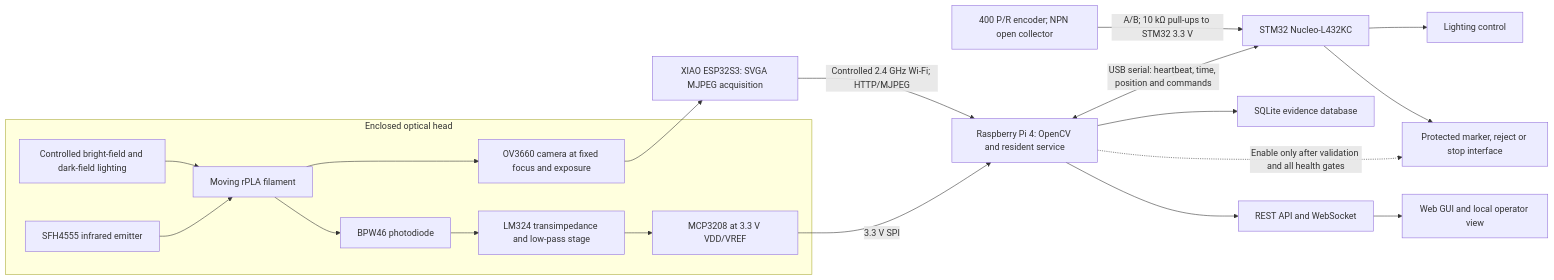
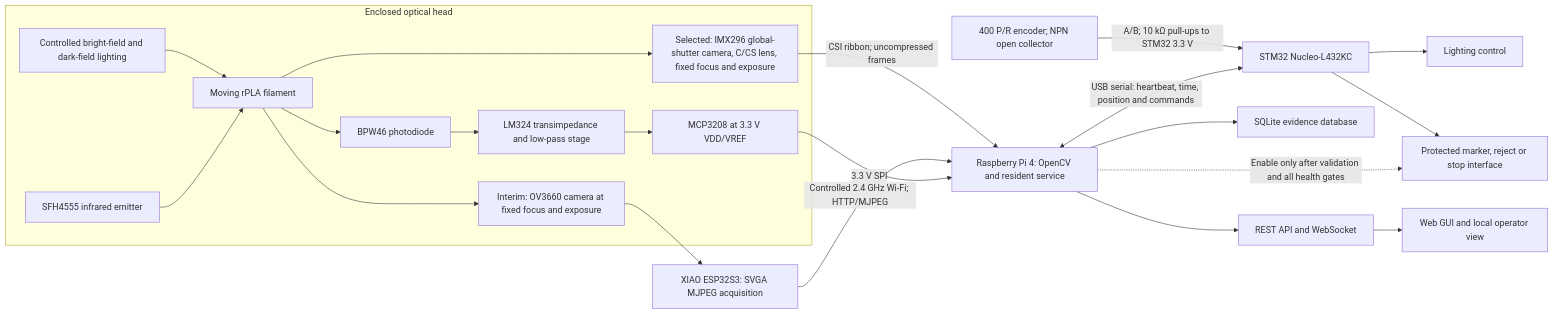
The first of 3 diagrams in paper_rewriting_output/ENG5105_Proposal_Design_Report_EN.md (wxy331-hub/eng5105-rpla-surface-quality), drawn with Mermaid before and after one commit. The commit also changed other lines of this file and 6 other files, not shown here.

````diff
--- a/paper_rewriting_output/ENG5105_Proposal_Design_Report_EN.md
+++ b/paper_rewriting_output/ENG5105_Proposal_Design_Report_EN.md
@@ -214,26 +214,29 @@
 ```mermaid
 flowchart LR
     subgraph OH["Enclosed optical head"]
         F["Moving rPLA filament"]
         L["Controlled bright-field and dark-field lighting"]
-        C["OV3660 camera at fixed focus and exposure"]
+        CA["Selected: IMX296 global-shutter camera, C/CS lens, fixed focus and exposure"]
+        CB["Interim: OV3660 camera at fixed focus and exposure"]
         IR["SFH4555 infrared emitter"]
         PD["BPW46 photodiode"]
         AF["LM324 transimpedance and low-pass stage"]
         ADC["MCP3208 at 3.3 V VDD/VREF"]
-        F --> C
+        F --> CA
+        F --> CB
         L --> F
         IR --> F --> PD --> AF --> ADC
     end
-    C --> E["XIAO ESP32S3: SVGA MJPEG acquisition"]
-    E -->|"Controlled 2.4 GHz Wi-Fi; HTTP/MJPEG"| P["Raspberry Pi 4: OpenCV and resident service"]
+    CA -->|"CSI ribbon; uncompressed frames"| P["Raspberry Pi 4: OpenCV and resident service"]
+    CB --> E["XIAO ESP32S3: SVGA MJPEG acquisition"]
+    E -->|"Controlled 2.4 GHz Wi-Fi; HTTP/MJPEG"| P
     ADC -->|"3.3 V SPI"| P
     EN["400 P/R encoder; NPN open collector"] -->|"A/B; 10 kΩ pull-ups to STM32 3.3 V"| S["STM32 Nucleo-L432KC"]
     P <-->|"USB serial: heartbeat, time, position and commands"| S
     P --> D["SQLite evidence database"]
     P --> A["REST API and WebSocket"]
     A --> G["Web GUI and local operator view"]
     S --> LC["Lighting control"]
     S --> O["Protected marker, reject or stop interface"]
     P -. "Enable only after validation and all health gates" .-> O
 ```
````
